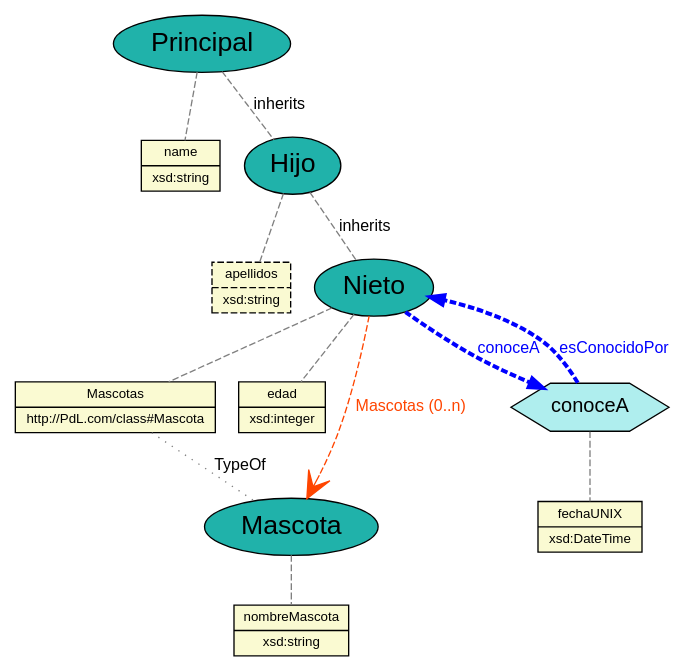
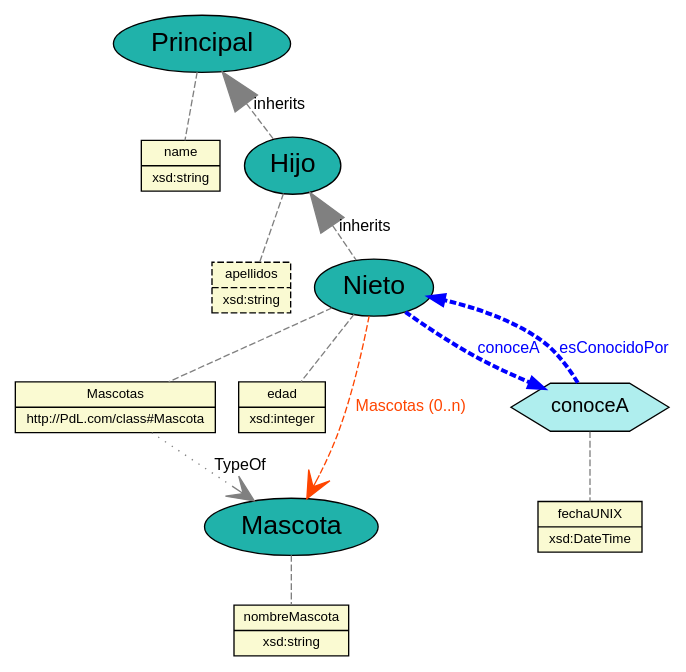
The diagram in Output/csv_dot2_domain.dot (JuanCasado/Lenguajes), drawn with Graphviz before and after one commit. The commit also changed 189 other files, not shown here.

```diff
--- a/Output/csv_dot2_domain.dot
+++ b/Output/csv_dot2_domain.dot
@@ -1,58 +1,58 @@
 graph domain{
 	//Defecto
 	node [fontname="Arial"];
 	edge [fontname="Arial",fontsize=12];
 
 	//PROPERTIES
 	node[fontsize="10", fillcolor="lightgoldenrodyellow", style="filled", shape="record", ]
 
 	
 	property_apellidos [label="{apellidos|xsd:string}",style="filled,dashed"];
 	property_nombreMascota [label="{nombreMascota|xsd:string}"];
 	property_Mascotas [label="{Mascotas|http://PdL.com/class#Mascota}"];
 	property_name [label="{name|xsd:string}"];
 	property_edad [label="{edad|xsd:integer}"];
 	property_fechaUNIX [label="{fechaUNIX|xsd:DateTime}"];
 
 	//CLASES
 	node[fontsize="20", fillcolor="lightseagreen", style="filled", shape="ellipse", ]
 
 	
 	class_Hijo [label="Hijo"];
 	class_Principal [label="Principal"];
 	class_Mascota [label="Mascota"];
 	class_Nieto [label="Nieto"];
 
 	//RELACIONES
 	node[fontsize="15", fillcolor="paleturquoise", style="filled", shape="hexagon", ]
 
 	relationship_conoceA [label=conoceA];
 
 	//CLASE -- PROPIEDAD
 	edge[len="3", style="dashed", color="grey", ]
 
 	class_Hijo -- property_apellidos;
 	class_Principal -- property_name;
 	class_Mascota -- property_nombreMascota;
 	class_Nieto -- property_edad;
 	class_Nieto -- property_Mascotas;
 
 	//RELACION -- PROPIEDAD
 	relationship_conoceA -- property_fechaUNIX;
 
 	// uso indirecto de definiciÃ³n de tipos
-	property_Mascotas -- class_Mascota [style="dotted", arrowhead="vee", label="TypeOf"];
+	property_Mascotas -- class_Mascota [arrowsize="2", style="dotted", arrowhead="vee", dir="forward", label="TypeOf"];
 
 	// asociaciones a travÃ©s de atributos marcadas de forma directa
 	class_Nieto -- class_Mascota [label="Mascotas (0..n) "fontcolor="orangered", color="orangered", style="dashed", arrowhead="vee",dir="forward",arrowsize="2"];
 
 	// herencias
-	class_Principal -- class_Hijo [label="inherits"];
-	class_Hijo -- class_Nieto [label="inherits"];
+	class_Principal -- class_Hijo [arrowsize="3", arrowhead="normal", dir="back", label="inherits"];
+	class_Hijo -- class_Nieto [arrowsize="3", arrowhead="normal", dir="back", label="inherits"];
 
 	// enlaces de relaciones
 	edge[len="2",penwidth="3",color="blue"]
 	class_Nieto -- relationship_conoceA [label="conoceA",fontcolor="blue",dir="forward",arrowhead="normal"];
 	relationship_conoceA -- class_Nieto [label="esConocidoPor",fontcolor="blue",dir="forward",arrowhead="normal"];
 
 }
```
